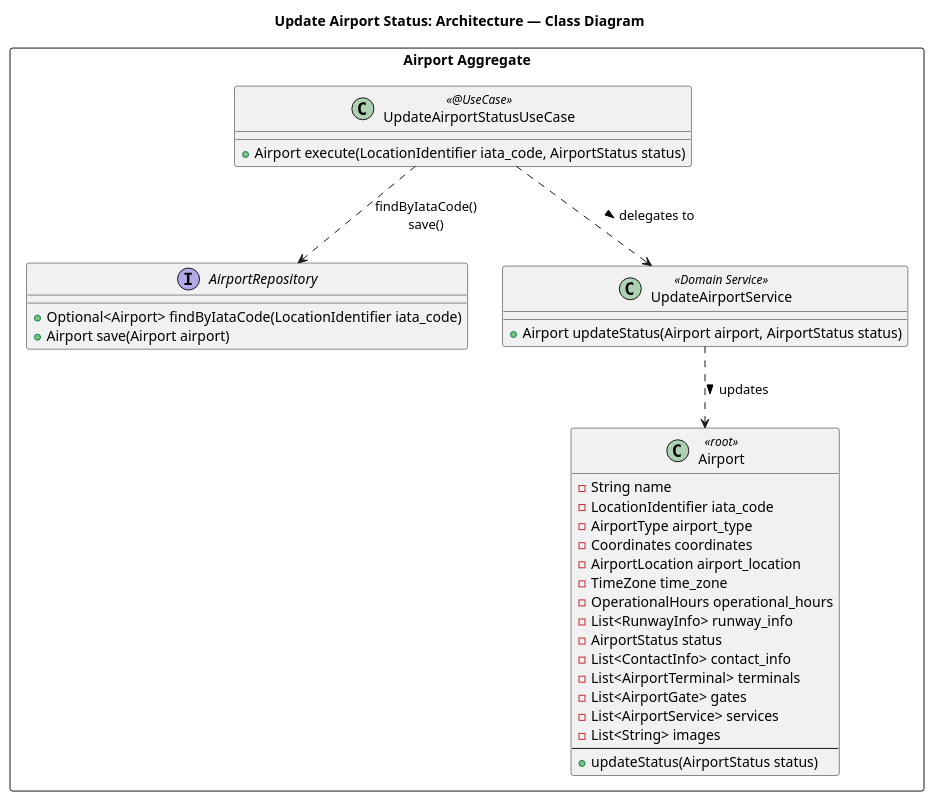
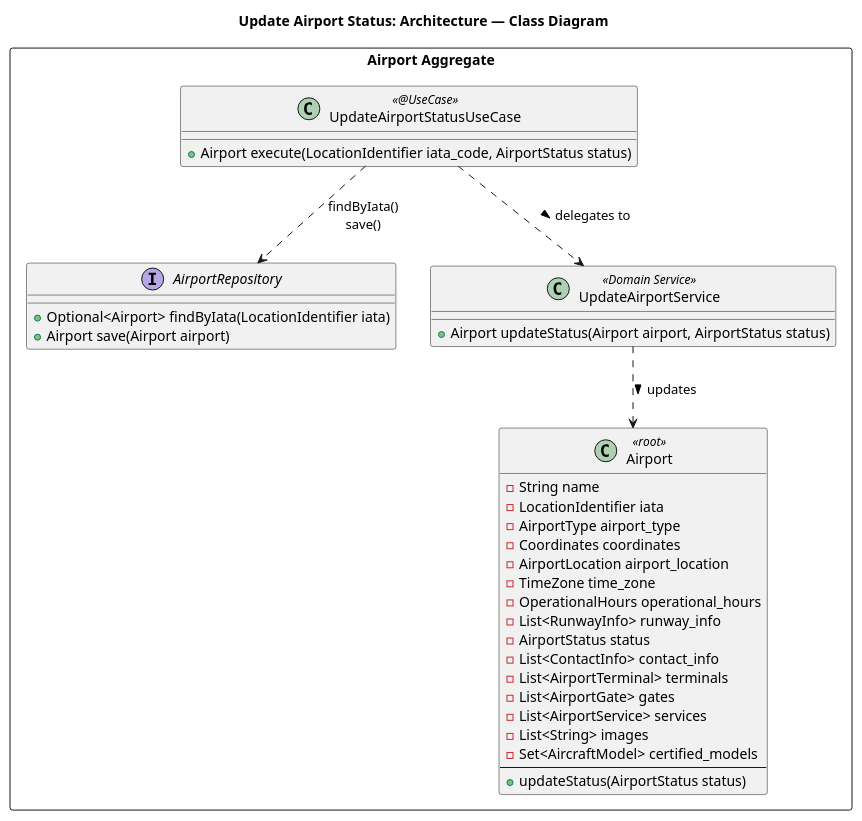
One commit to miguelsiilva1/PSOFT_1241008_1241131_1200858_1210977 changed the diagram in docs/system-documentation/WP#2A/US109/US109_CD/US109_CD.puml. Above: the diagram before and after it, drawn with PlantUML. The commit also changed 60 other files, not shown here.

```diff
--- a/docs/system-documentation/WP#2A/US109/US109_CD/US109_CD.puml
+++ b/docs/system-documentation/WP#2A/US109/US109_CD/US109_CD.puml
@@ -1,44 +1,45 @@
 @startuml
 'https://plantuml.com/class-diagram
 
 title Update Airport Status: Architecture — Class Diagram
 
 package "Airport Aggregate" <<rectangle>> {
     class Airport <<root>> {
         - String name
-        - LocationIdentifier iata_code
+        - LocationIdentifier iata
         - AirportType airport_type
         - Coordinates coordinates
         - AirportLocation airport_location
         - TimeZone time_zone
         - OperationalHours operational_hours
         - List<RunwayInfo> runway_info
         - AirportStatus status
         - List<ContactInfo> contact_info
         - List<AirportTerminal> terminals
         - List<AirportGate> gates
         - List<AirportService> services
         - List<String> images
+        - Set<AircraftModel> certified_models
         ---
         + updateStatus(AirportStatus status)
     }
 
     interface AirportRepository {
-        + Optional<Airport> findByIataCode(LocationIdentifier iata_code)
+        + Optional<Airport> findByIata(LocationIdentifier iata)
         + Airport save(Airport airport)
     }
 
     class UpdateAirportService <<Domain Service>> {
         + Airport updateStatus(Airport airport, AirportStatus status)
     }
 
     class UpdateAirportStatusUseCase <<@UseCase>> {
         + Airport execute(LocationIdentifier iata_code, AirportStatus status)
     }
 
-    UpdateAirportStatusUseCase ..> AirportRepository : findByIataCode()\nsave()
+    UpdateAirportStatusUseCase ..> AirportRepository : findByIata()\nsave()
     UpdateAirportStatusUseCase ..> UpdateAirportService : delegates to >
     UpdateAirportService ..> Airport : updates >
 }
 
 @enduml
```
